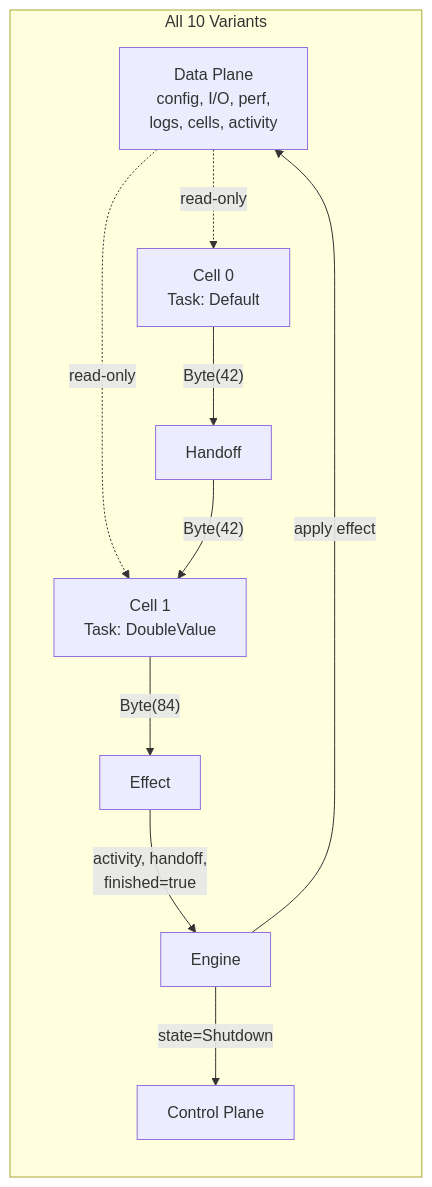
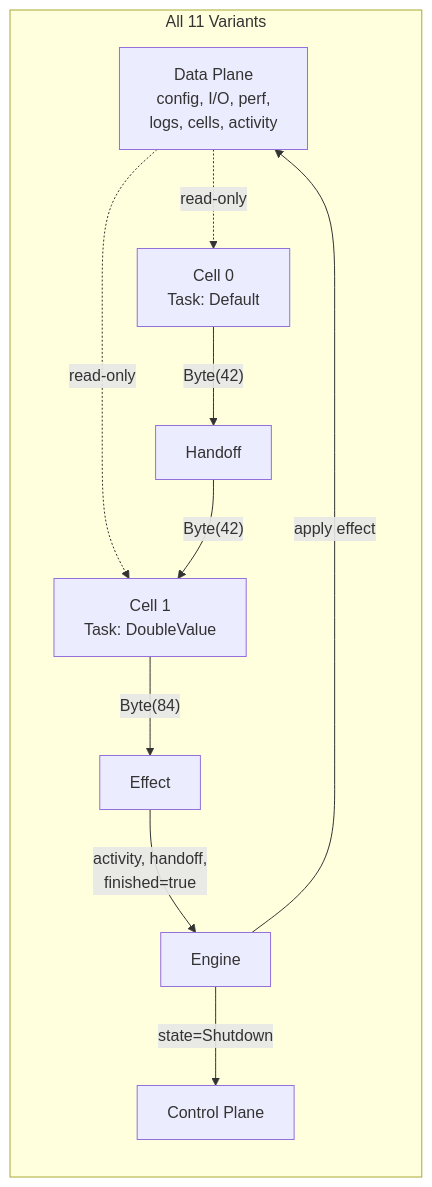
One commit to gvnwltrs/regulated-cell-architecture changed the seventh of 8 diagrams in docs/RCA_CROSS_LANGUAGE_VARIANTS.md. Above: the diagram before and after it, drawn with Mermaid. The commit also changed other lines of this file and 1 other file, not shown here.

````diff
--- a/docs/RCA_CROSS_LANGUAGE_VARIANTS.md
+++ b/docs/RCA_CROSS_LANGUAGE_VARIANTS.md
@@ -623,14 +657,14 @@
 ```mermaid
 flowchart LR
-    subgraph "All 10 Variants"
+    subgraph "All 11 Variants"
         direction TB
         DP[Data Plane<br/>config, I/O, perf,<br/>logs, cells, activity] -.->|read-only| C0
         DP -.->|read-only| C1
         C0["Cell 0<br/>Task: Default"] -->|"Byte(42)"| HO["Handoff"]
         HO -->|"Byte(42)"| C1["Cell 1<br/>Task: DoubleValue"]
         C1 -->|"Byte(84)"| EFX[Effect]
         EFX -->|activity, handoff,<br/>finished=true| ENG[Engine]
         ENG -->|apply effect| DP
         ENG -->|state=Shutdown| CP[Control Plane]
     end
 ```
````
